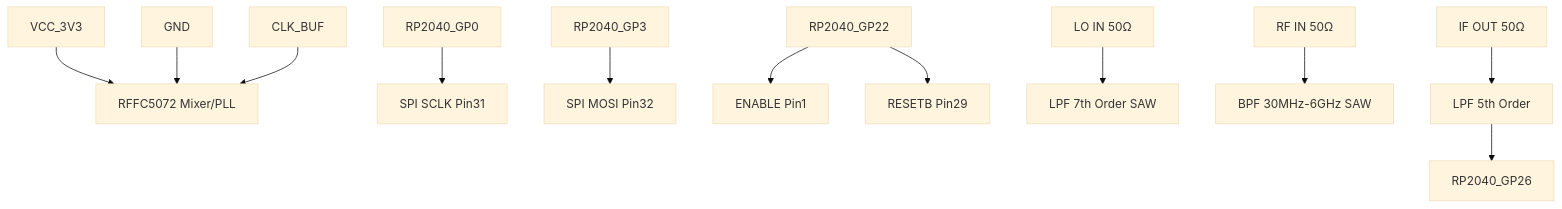
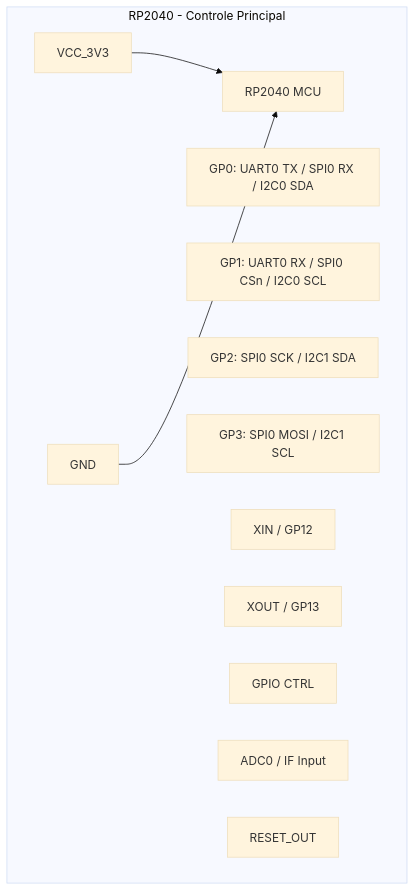
Before and after one commit to morteerror404/Goitaca-Hacker-HUB: the third of 6 diagrams in Squemas/subdivisões/RF/diagrama de conexão.md, drawn with Mermaid (base theme). The commit also changed other lines of this file and 2 other files, not shown here.

````diff
--- a/Squemas/subdivisões/RF/diagrama de conexão.md
+++ b/Squemas/subdivisões/RF/diagrama de conexão.md
@@ -62,23 +57,18 @@
 ```mermaid
 graph TD
-    %% =============================
-    %% MIXER RFFC5072
-    %% =============================
-    MIXER["RFFC5072 Mixer/PLL"]
-    VCC_3V3 --> MIXER
-    GND --> MIXER
+    subgraph MCU_RP2040["RP2040 - Controle Principal"]
+        RP2040["RP2040 MCU"]
+        RP2040_GP0["GP0: UART0 TX / SPI0 RX / I2C0 SDA"]
+        RP2040_GP1["GP1: UART0 RX / SPI0 CSn / I2C0 SCL"]
+        RP2040_GP2["GP2: SPI0 SCK / I2C1 SDA"]
+        RP2040_GP3["GP3: SPI0 MOSI / I2C1 SCL"]
+        RP2040_GP12["XIN / GP12"]
+        RP2040_GP13["XOUT / GP13"]
+        RP2040_GP22["GPIO CTRL"]
+        RP2040_GP26["ADC0 / IF Input"]
+        RP2040_RST["RESET_OUT"]
 
-    %% SPI / Controle
-    RP2040_GP0 --> SCLK["SPI SCLK Pin31"]
-    RP2040_GP3 --> SDATA["SPI MOSI Pin32"]
-    RP2040_GP22 --> ENBL["ENABLE Pin1"]
-    RP2040_GP22 --> RESET["RESETB Pin29"]
-
-    %% Entradas RF / LO / IF
-    LO_IN["LO IN 50Ω"] --> FL1["LPF 7th Order SAW"]
-    RF_IN["RF IN 50Ω"] --> FL2["BPF 30MHz-6GHz SAW"]
-    IF_OUT["IF OUT 50Ω"] --> FL3["LPF 5th Order"] --> RP2040_GP26
-
-    %% Clock
-    CLK_BUF --> MIXER
+        VCC_3V3 --> RP2040
+        GND --> RP2040
+    end
 ```
````
